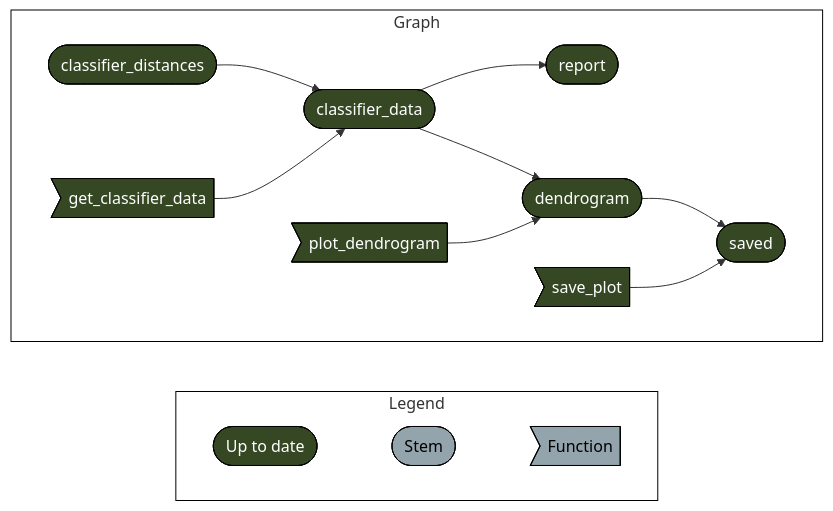
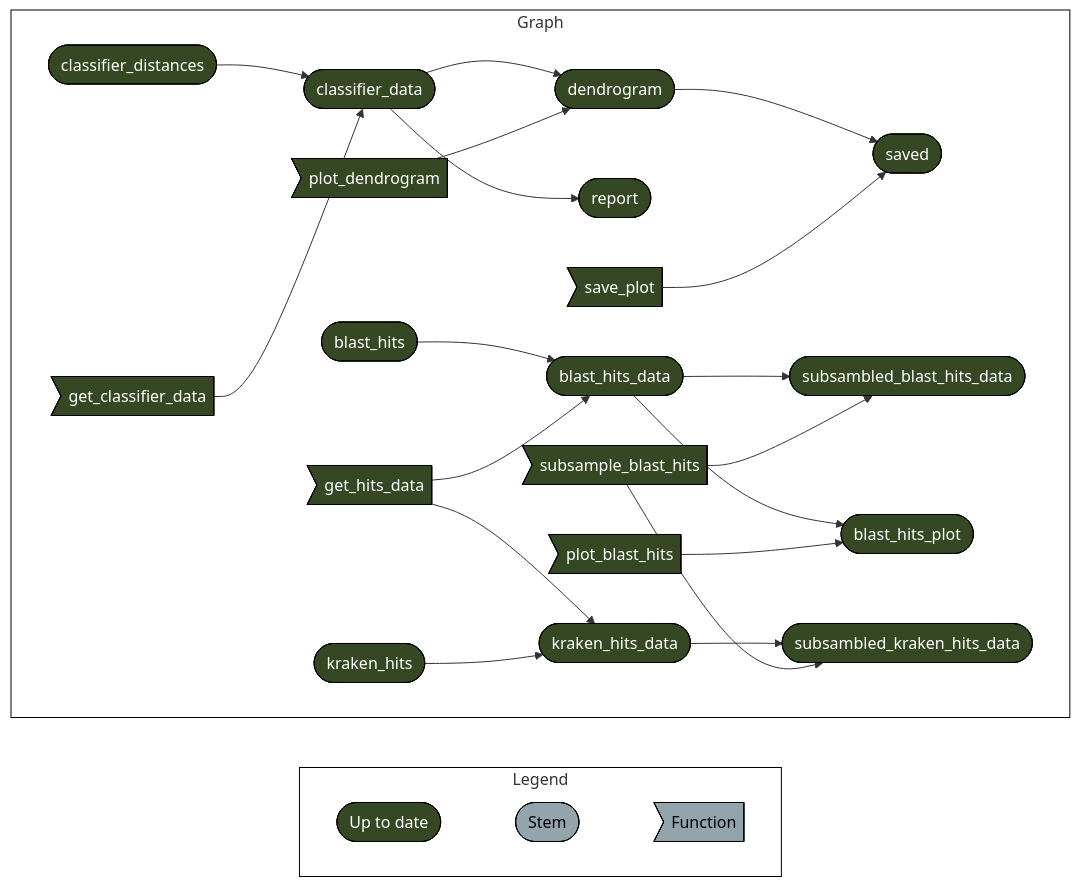
One commit to Computational-Biology-OceanOmics/OceanOmics-classifier-comparison changed the diagram in README.md. Above: the diagram before and after it, drawn with Mermaid.

````diff
--- a/README.md
+++ b/README.md
@@ -29,24 +29,34 @@
 ```mermaid
 graph LR
   style Legend fill:#FFFFFF00,stroke:#000000;
   style Graph fill:#FFFFFF00,stroke:#000000;
   subgraph Legend
     direction LR
     x7420bd9270f8d27d([""Up to date""]):::uptodate --- xbf4603d6c2c2ad6b([""Stem""]):::none
     xbf4603d6c2c2ad6b([""Stem""]):::none --- xf0bce276fe2b9d3e>""Function""]:::none
   end
   subgraph Graph
     direction LR
+    xc65a25d9d96e8f7c(["blast_hits"]):::uptodate --> xe9d8f2de59f79fa1(["blast_hits_data"]):::uptodate
+    x837f996ab35491da>"get_hits_data"]:::uptodate --> xe9d8f2de59f79fa1(["blast_hits_data"]):::uptodate
     x4cbe0500373226c1(["classifier_data"]):::uptodate --> xe0fba61fbc506510(["report"]):::uptodate
     x264c7e682ec442b2(["dendrogram"]):::uptodate --> xaf4a1b2829040c15(["saved"]):::uptodate
     x64d5b6c864f8ce9c>"save_plot"]:::uptodate --> xaf4a1b2829040c15(["saved"]):::uptodate
     xf2c68c9c4c5bbbc3(["classifier_distances"]):::uptodate --> x4cbe0500373226c1(["classifier_data"]):::uptodate
     x8279777903f3f13d>"get_classifier_data"]:::uptodate --> x4cbe0500373226c1(["classifier_data"]):::uptodate
+    x837f996ab35491da>"get_hits_data"]:::uptodate --> x9024d58abea360f6(["kraken_hits_data"]):::uptodate
+    xc4cff7b61e825181(["kraken_hits"]):::uptodate --> x9024d58abea360f6(["kraken_hits_data"]):::uptodate
+    xe9d8f2de59f79fa1(["blast_hits_data"]):::uptodate --> x7477a20106b865a4(["subsambled_blast_hits_data"]):::uptodate
+    xa731a5475c946be2>"subsample_blast_hits"]:::uptodate --> x7477a20106b865a4(["subsambled_blast_hits_data"]):::uptodate
+    xe9d8f2de59f79fa1(["blast_hits_data"]):::uptodate --> x831ebf31ae44d273(["blast_hits_plot"]):::uptodate
+    x1c9b1c342345ccd1>"plot_blast_hits"]:::uptodate --> x831ebf31ae44d273(["blast_hits_plot"]):::uptodate
     x4cbe0500373226c1(["classifier_data"]):::uptodate --> x264c7e682ec442b2(["dendrogram"]):::uptodate
     x994946b41121bfa6>"plot_dendrogram"]:::uptodate --> x264c7e682ec442b2(["dendrogram"]):::uptodate
+    x9024d58abea360f6(["kraken_hits_data"]):::uptodate --> xc4269aa5995e6a3f(["subsambled_kraken_hits_data"]):::uptodate
+    xa731a5475c946be2>"subsample_blast_hits"]:::uptodate --> xc4269aa5995e6a3f(["subsambled_kraken_hits_data"]):::uptodate
   end
   classDef uptodate stroke:#000000,color:#ffffff,fill:#354823;
   classDef none stroke:#000000,color:#000000,fill:#94a4ac;
   linkStyle 0 stroke-width:0px;
   linkStyle 1 stroke-width:0px;
 ```
````
